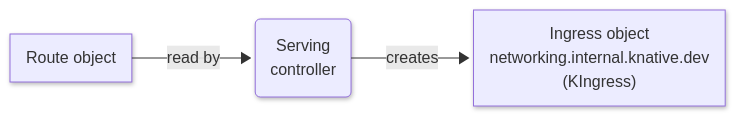
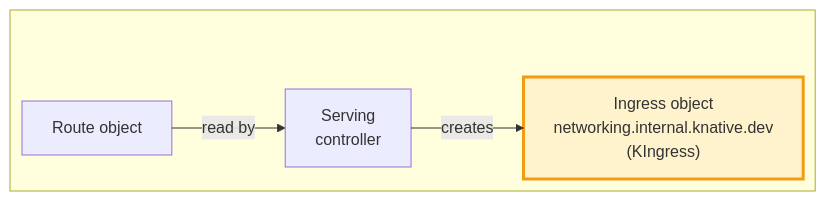
One commit to knative/docs changed the first of 6 diagrams in docs/versioned/serving/config-network-adapters.md. Above: the diagram before and after it, drawn with Mermaid. The commit also changed other lines of this file, not shown here.

Commit message:
Update config-network-adapters.md
chart test

````diff
--- a/docs/versioned/serving/config-network-adapters.md
+++ b/docs/versioned/serving/config-network-adapters.md
@@ -22,11 +22,19 @@
     ```mermaid
     ---
     config:
+      layout: elk
       theme: default
-      layout: elk
-      look: neo
     ---
     flowchart LR
-
-    route["Route object"] -- "read by" --> serving-core("Serving<br>controller") -- creates --> KIngress["Ingress object<br>networking.internal.knative.dev<br>(KIngress)"]
+      subgraph flow[" "]
+        direction LR
+            kingress1["Ingress object<br>networking.internal.knative.dev<br>(KIngress)"]
+            serving["Serving<br>controller"]
+            route["Route object"]
+      end
+        route -- read by --> serving
+        serving -- creates --> kingress1
+        class kingress1 highlight
+    classDef highlight fill:#fff3cd,stroke:#f39c12,stroke-width:3px
+    style flow    background:transparent, border:none
     ```
````
